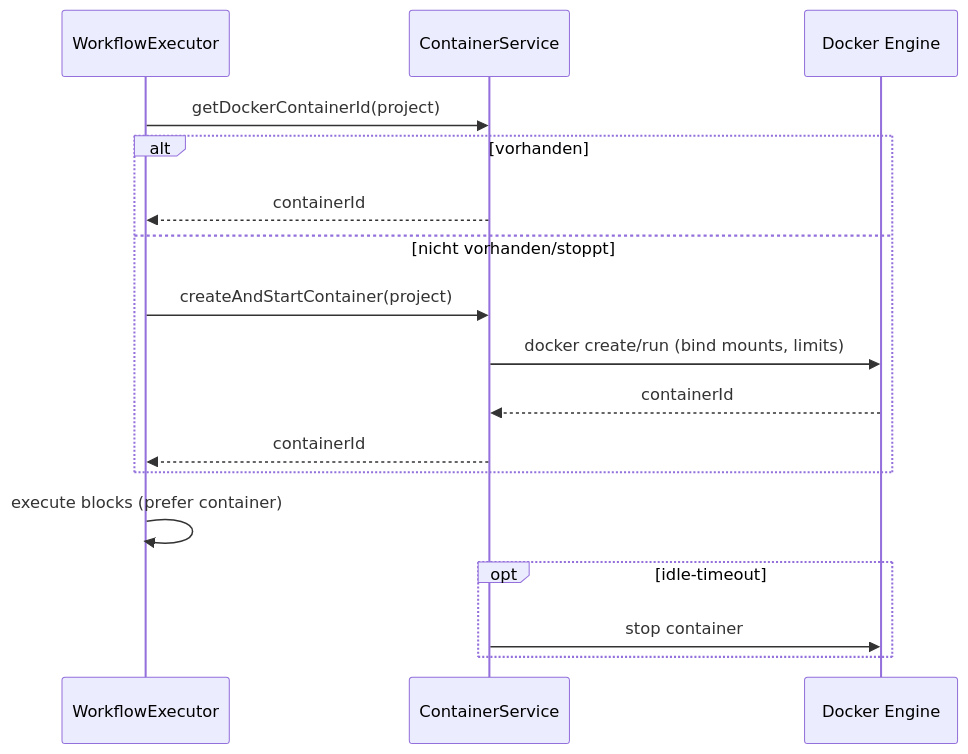
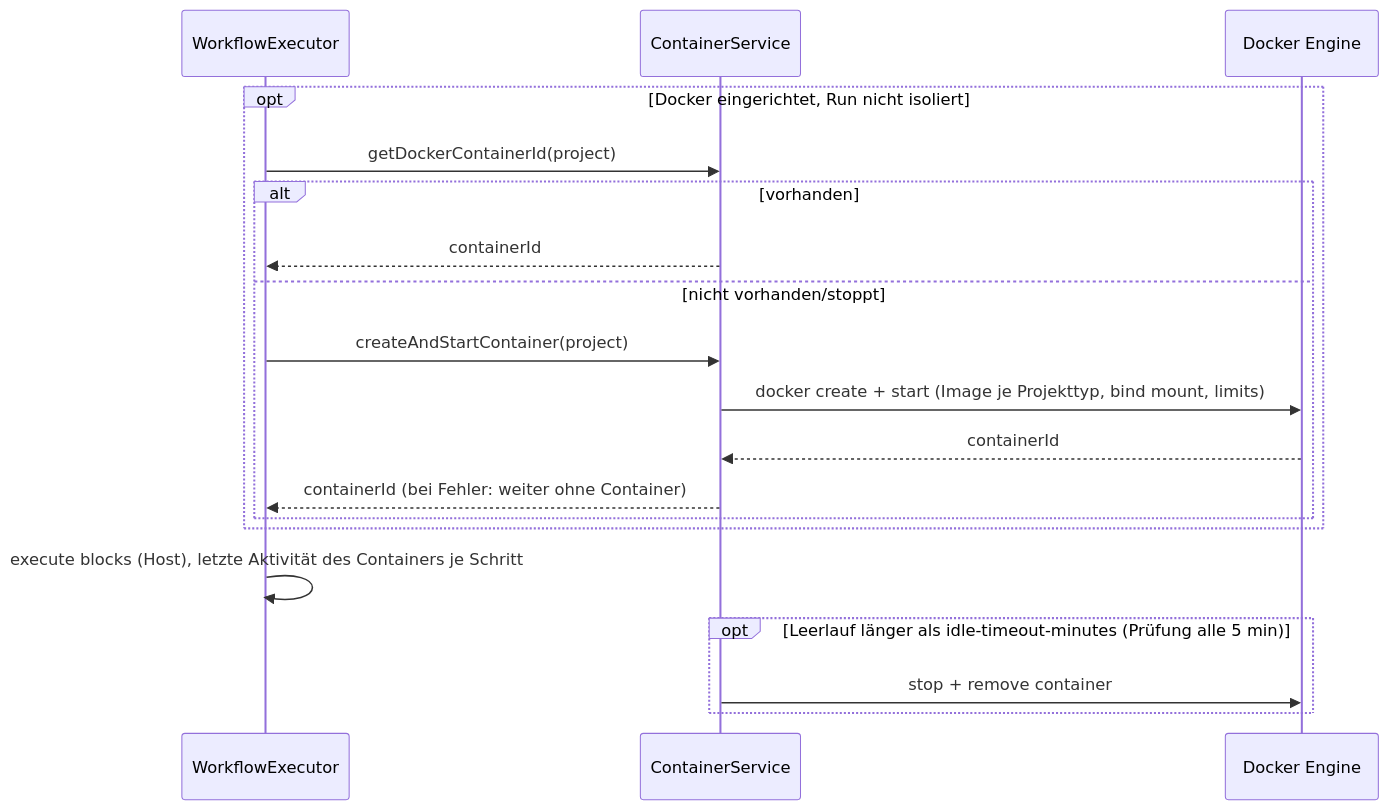
One commit to FLSEST/MySuricates changed the second of 2 diagrams in docs/deployment-container-diagrams.md. Above: the diagram before and after it, drawn with Mermaid. The commit also changed other lines of this file and 6 other files, not shown here.

First line of the commit message:
docs(diagramme): Deployment page separates the project container from execution on the host

````diff
--- a/docs/deployment-container-diagrams.md
+++ b/docs/deployment-container-diagrams.md
@@ -48,20 +59,22 @@
 ```mermaid
 sequenceDiagram
     participant WE as WorkflowExecutor
     participant CS as ContainerService
     participant DO as Docker Engine
 
-    WE->>CS: getDockerContainerId(project)
-    alt vorhanden
-        CS-->>WE: containerId
-    else nicht vorhanden/stoppt
-        WE->>CS: createAndStartContainer(project)
-        CS->>DO: docker create/run (bind mounts, limits)
-        DO-->>CS: containerId
-        CS-->>WE: containerId
+    opt Docker eingerichtet, Run nicht isoliert
+        WE->>CS: getDockerContainerId(project)
+        alt vorhanden
+            CS-->>WE: containerId
+        else nicht vorhanden/stoppt
+            WE->>CS: createAndStartContainer(project)
+            CS->>DO: docker create + start (Image je Projekttyp, bind mount, limits)
+            DO-->>CS: containerId
+            CS-->>WE: containerId (bei Fehler: weiter ohne Container)
+        end
     end
-    WE->>WE: execute blocks (prefer container)
-    opt idle-timeout
-        CS->>DO: stop container
+    WE->>WE: execute blocks (Host), letzte Aktivität des Containers je Schritt
+    opt Leerlauf länger als idle-timeout-minutes (Prüfung alle 5 min)
+        CS->>DO: stop + remove container
     end
 ```
````
